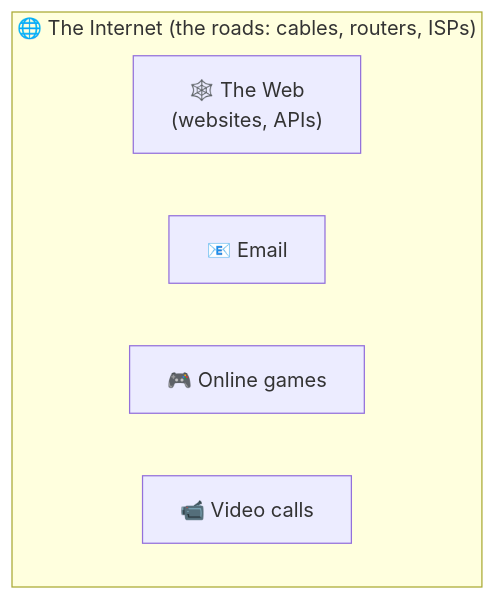
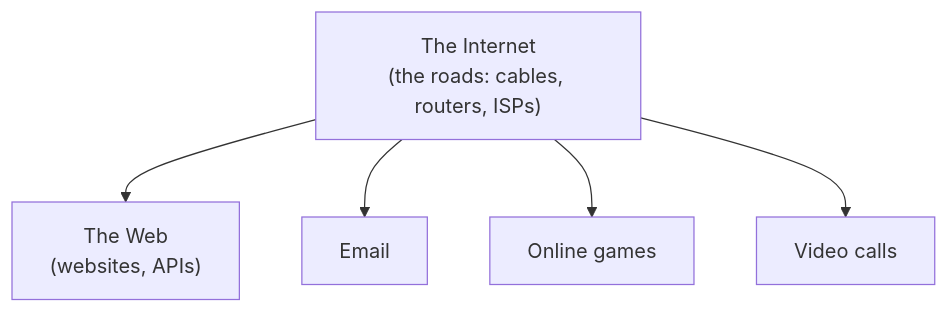
Before and after one commit to saikot05/backend-zero-to-expert: the first of 9 diagrams in 01-web-fundamentals/README.md, drawn with Mermaid. The commit also changed other lines of this file, not shown here.

Commit message:
docs: simplify all mermaid diagrams in 01 part 1

````diff
--- a/01-web-fundamentals/README.md
+++ b/01-web-fundamentals/README.md
@@ -46,10 +46,8 @@
 ```mermaid
 flowchart TB
-    subgraph NET["🌐 The Internet (the roads: cables, routers, ISPs)"]
-        direction LR
-        WEB["🕸️ The Web<br/>(websites, APIs)"]
-        MAIL["📧 Email"]
-        GAME["🎮 Online games"]
-        CALL["📹 Video calls"]
-    end
+    NET["The Internet<br/>(the roads: cables, routers, ISPs)"]
+    NET --> WEB["The Web<br/>(websites, APIs)"]
+    NET --> MAIL["Email"]
+    NET --> GAME["Online games"]
+    NET --> CALL["Video calls"]
 ```
````
